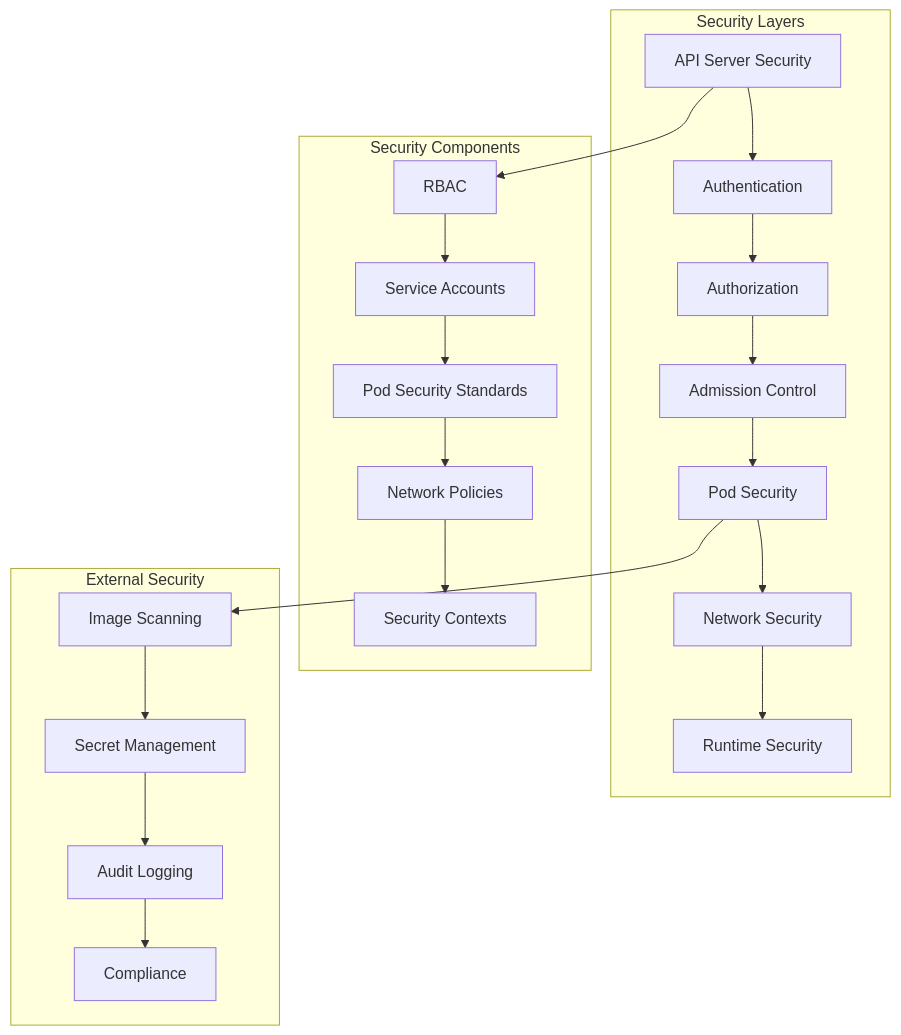
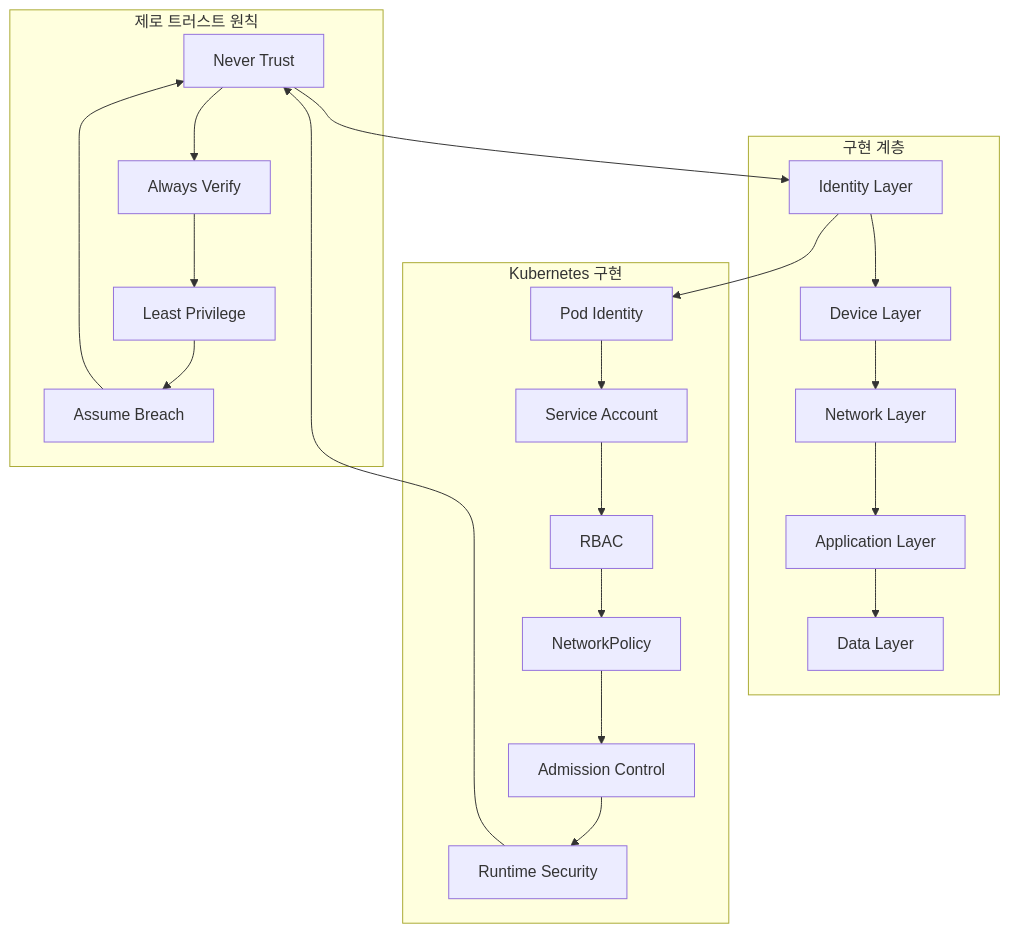
The fourth of 4 diagrams in week_02/day_03/session_07.md (niceguy61/kdt_devops_lecture_2025), drawn with Mermaid before and after one commit. The commit also changed other lines of this file and 38 other files, not shown here.

````diff
--- a/week_02/day_03/session_07.md
+++ b/week_02/day_03/session_07.md
@@ -15,27 +466,28 @@
 ```mermaid
 graph TB
-    subgraph "Security Layers"
-        A[API Server Security] --> B[Authentication]
-        B --> C[Authorization]
-        C --> D[Admission Control]
-        D --> E[Pod Security]
-        E --> F[Network Security]
-        F --> G[Runtime Security]
+    subgraph "제로 트러스트 원칙"
+        A[Never Trust] --> B[Always Verify]
+        B --> C[Least Privilege]
+        C --> D[Assume Breach]
+        D --> A
     end
     
-    subgraph "Security Components"
-        H[RBAC] --> I[Service Accounts]
-        I --> J[Pod Security Standards]
-        J --> K[Network Policies]
-        K --> L[Security Contexts]
+    subgraph "구현 계층"
+        E[Identity Layer] --> F[Device Layer]
+        F --> G[Network Layer]
+        G --> H[Application Layer]
+        H --> I[Data Layer]
     end
     
-    subgraph "External Security"
-        M[Image Scanning] --> N[Secret Management]
-        N --> O[Audit Logging]
-        O --> P[Compliance]
+    subgraph "Kubernetes 구현"
+        J[Pod Identity] --> K[Service Account]
+        K --> L[RBAC]
+        L --> M[NetworkPolicy]
+        M --> N[Admission Control]
+        N --> O[Runtime Security]
     end
     
-    A --> H
-    E --> M
+    A --> E
+    E --> J
+    O --> A
 ```
````
